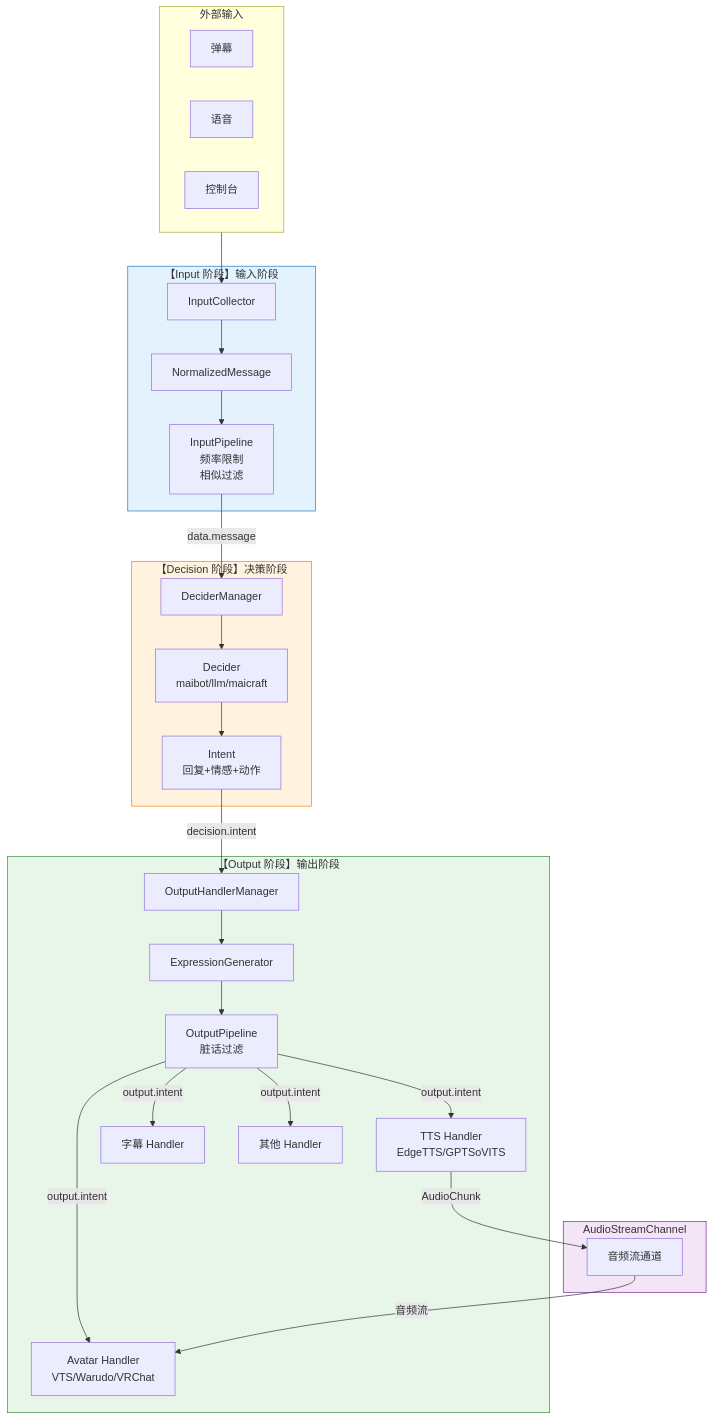
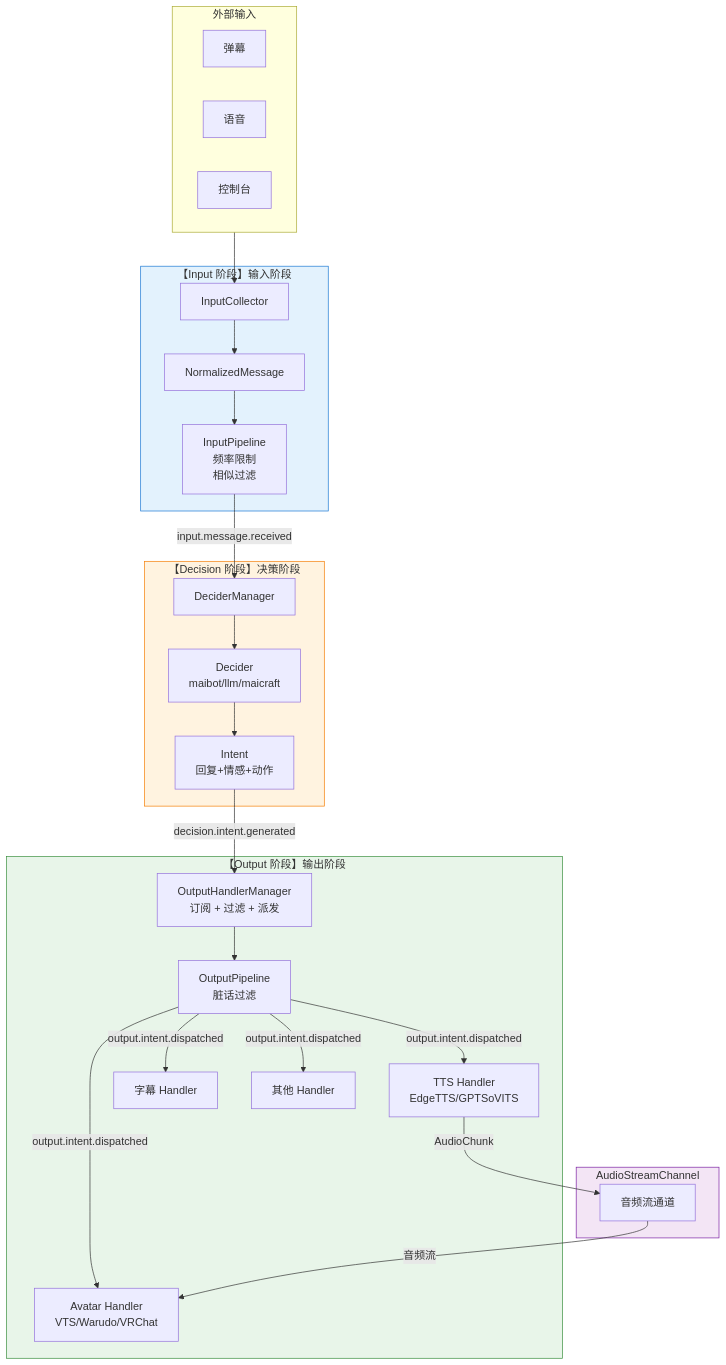
One commit to Mai-with-u/Amaidesu changed the second of 5 diagrams in docs/architecture/data-flow.md. Above: the diagram before and after it, drawn with Mermaid. The commit also changed other lines of this file and 59 other files, not shown here.

````diff
--- a/docs/architecture/data-flow.md
+++ b/docs/architecture/data-flow.md
@@ -433,56 +466,54 @@
 ```mermaid
 flowchart TB
     subgraph External["外部输入"]
         D[弹幕]
         V[语音]
         C[控制台]
     end
 
     subgraph Input["【Input 阶段】输入阶段"]
         IP[InputCollector]
         NM[NormalizedMessage]
         Pipeline[InputPipeline<br/>频率限制<br/>相似过滤]
     end
 
     subgraph Decision["【Decision 阶段】决策阶段"]
         DM[DeciderManager]
         DP[Decider<br/>maibot/llm/maicraft]
         Intent[Intent<br/>回复+情感+动作]
     end
 
     subgraph Output["【Output 阶段】输出阶段"]
-        OPM[OutputHandlerManager]
-        EG[ExpressionGenerator]
+        OPM[OutputHandlerManager<br/>订阅 + 过滤 + 派发]
         OPipeline[OutputPipeline<br/>脏话过滤]
         TTS[TTS Handler<br/>EdgeTTS/GPTSoVITS]
         Sub[字幕 Handler]
         Avatar[Avatar Handler<br/>VTS/Warudo/VRChat]
         Other[其他 Handler]
     end
 
     subgraph AudioStream["AudioStreamChannel"]
         ASC[音频流通道]
     end
 
     External --> IP
     IP --> NM
     NM --> Pipeline
-    Pipeline -->|data.message| DM
+    Pipeline -->|input.message.received| DM
     DM --> DP
     DP --> Intent
-    Intent -->|decision.intent| OPM
-    OPM --> EG
-    EG --> OPipeline
-    OPipeline -->|output.intent| TTS
-    OPipeline -->|output.intent| Sub
-    OPipeline -->|output.intent| Avatar
-    OPipeline -->|output.intent| Other
+    Intent -->|decision.intent.generated| OPM
+    OPM --> OPipeline
+    OPipeline -->|output.intent.dispatched| TTS
+    OPipeline -->|output.intent.dispatched| Sub
+    OPipeline -->|output.intent.dispatched| Avatar
+    OPipeline -->|output.intent.dispatched| Other
 
     TTS -->|AudioChunk| ASC
     ASC -->|音频流| Avatar
 
     style Input fill:#e3f2fd,stroke:#1976d2
     style Decision fill:#fff3e0,stroke:#f57c00
     style Output fill:#e8f5e9,stroke:#388e3c
     style AudioStream fill:#f3e5f5,stroke:#7b1fa2
 ```
````
